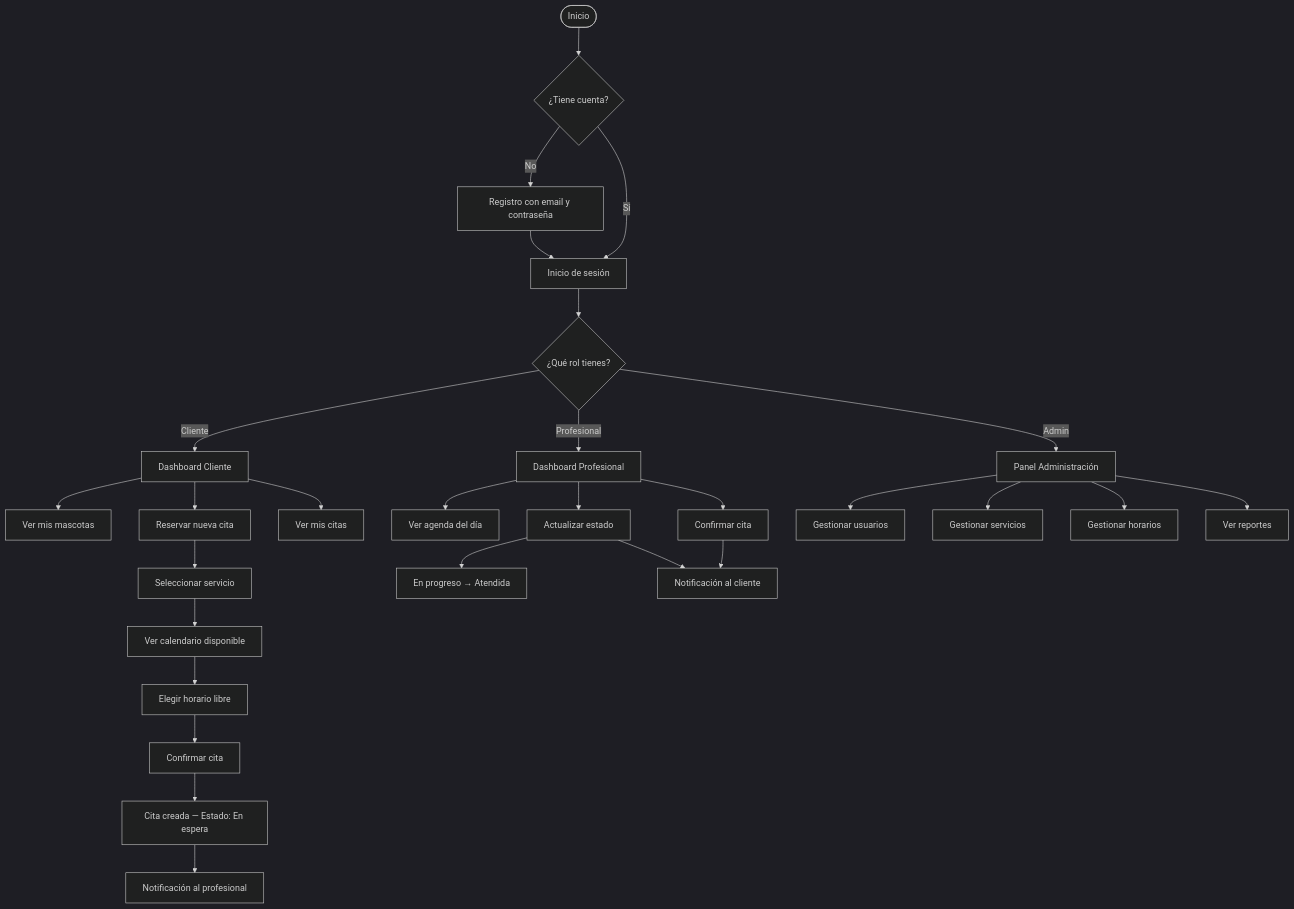
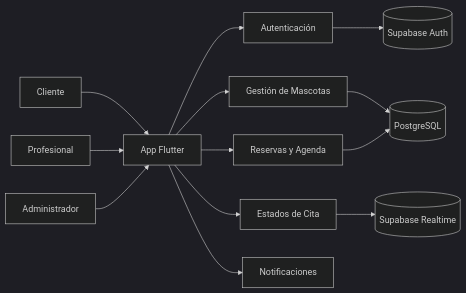
Before and after one commit to nicolas-202/pet-appointment: the diagram in README.md, drawn with Mermaid (dark theme). The commit also changed other lines of this file and 15 other files, not shown here.

````diff
--- a/README.md
+++ b/README.md
@@ -435,36 +34,18 @@
 ```mermaid
-flowchart TD
-    A([Inicio]) --> B{¿Tiene cuenta?}
-    B -->|No| C[Registro con email y contraseña]
-    B -->|Sí| D[Inicio de sesión]
-    C --> D
-    D --> E{¿Qué rol tienes?}
+flowchart LR
+	A[Cliente] --> B[App Flutter]
+	C[Profesional] --> B
+	D[Administrador] --> B
 
-    E -->|Cliente| F[Dashboard Cliente]
-    E -->|Profesional| G[Dashboard Profesional]
-    E -->|Admin| H[Panel Administración]
+	B --> E[Autenticación]
+	B --> F[Gestión de Mascotas]
+	B --> G[Reservas y Agenda]
+	B --> H[Estados de Cita]
 
-    F --> F1[Ver mis mascotas]
-    F --> F2[Reservar nueva cita]
-    F --> F3[Ver mis citas]
+	E --> I[(Supabase Auth)]
+	F --> J[(PostgreSQL)]
+	G --> J
+	H --> K[(Supabase Realtime)]
 
-    F2 --> I[Seleccionar servicio]
-    I --> J[Ver calendario disponible]
-    J --> K[Elegir horario libre]
-    K --> L[Confirmar cita]
-    L --> M[Cita creada — Estado: En espera]
-    M --> N[Notificación al profesional]
-
-    G --> G1[Ver agenda del día]
-    G --> G2[Confirmar cita]
-    G --> G3[Actualizar estado]
-    G3 --> G3A[En progreso → Atendida]
-
-    G2 --> O[Notificación al cliente]
-    G3 --> O
-
-    H --> H1[Gestionar usuarios]
-    H --> H2[Gestionar servicios]
-    H --> H3[Gestionar horarios]
-    H --> H4[Ver reportes]
+	B --> L[Notificaciones]
 ```
````
